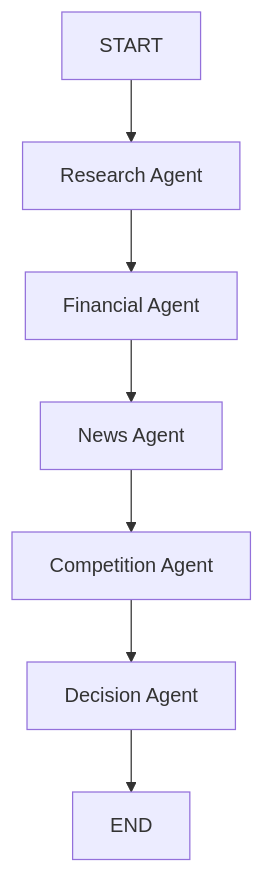
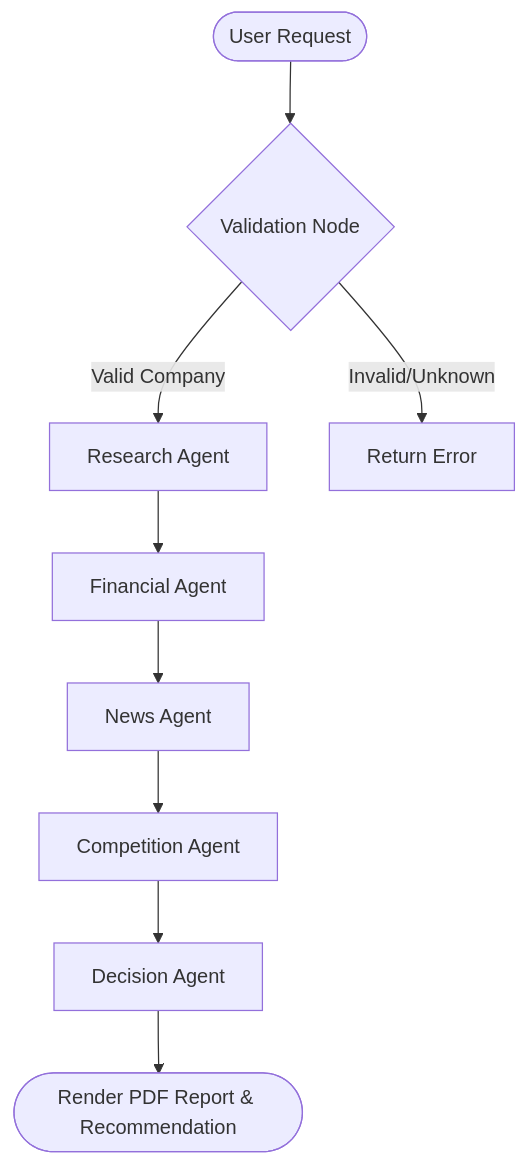
Before and after one commit to abhishek14311431/AI-Product-Development-Engineer-intern-assignment: the diagram in README.md, drawn with Mermaid. The commit also changed other lines of this file and 1 other file, not shown here.

````diff
--- a/README.md
+++ b/README.md
@@ -134,9 +83,11 @@
 ```mermaid
 flowchart TD
-	A[START] --> B[Research Agent]
-	B --> C[Financial Agent]
-	C --> D[News Agent]
-	D --> E[Competition Agent]
-	E --> F[Decision Agent]
-	F --> G[END]
+    Start([User Request]) --> Validate{Validation Node}
+    Validate -- Valid Company --> A[Research Agent]
+    Validate -- Invalid/Unknown --> Fail[Return Error]
+    A --> B[Financial Agent]
+    B --> C[News Agent]
+    C --> D[Competition Agent]
+    D --> E[Decision Agent]
+    E --> End([Render PDF Report & Recommendation])
 ```
````
